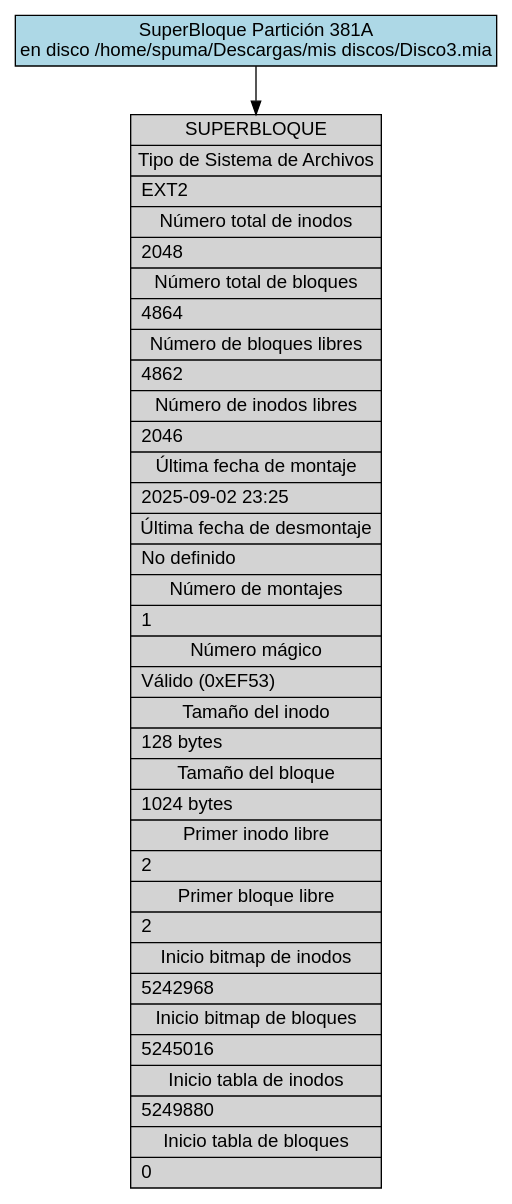
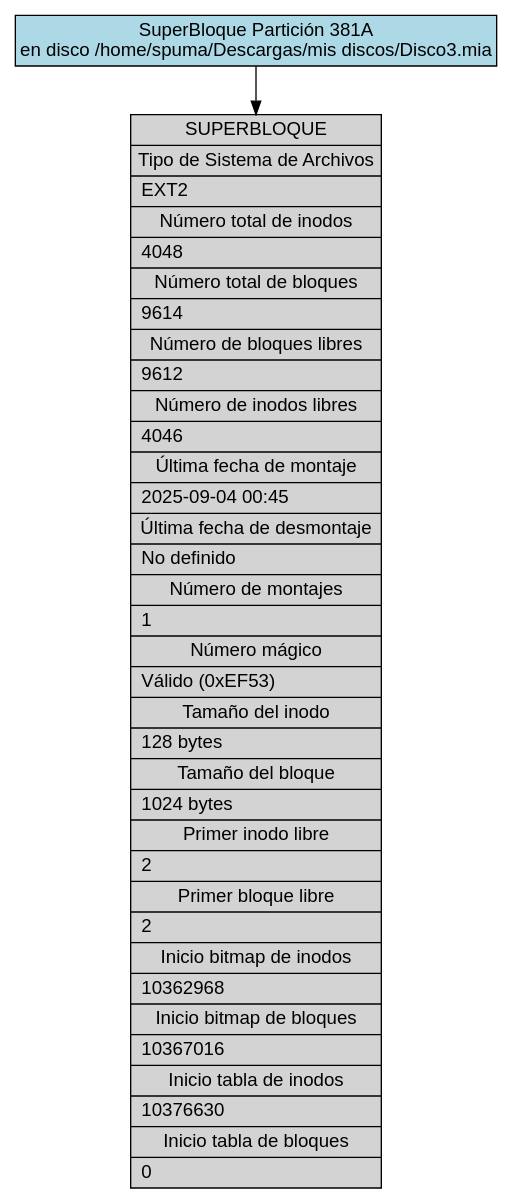
The diagram in backend/provider/reports/src/sb_381A.dot (DiegVas/MIA_2S2025_P1_202300638), drawn with Graphviz before and after one commit. The commit also changed 12 other files, not shown here.

```diff
--- a/backend/provider/reports/src/sb_381A.dot
+++ b/backend/provider/reports/src/sb_381A.dot
@@ -1,13 +1,13 @@
 digraph Superblock_Report {
     rankdir=TB;
     node [shape=record, fontname="Arial"];
     edge [fontname="Arial"];
     graph [fontname="Arial"];
 
     title [label="SuperBloque Partición 381A\nen disco /home/spuma/Descargas/mis discos/Disco3.mia", shape=box, style=filled, fillcolor=lightblue];
 
-    superblock [label="{SUPERBLOQUE|Tipo de Sistema de Archivos|EXT2\l|Número total de inodos|2048\l|Número total de bloques|4864\l|Número de bloques libres|4862\l|Número de inodos libres|2046\l|Última fecha de montaje|2025-09-02 23:25\l|Última fecha de desmontaje|No definido\l|Número de montajes|1\l|Número mágico|Válido (0xEF53)\l|Tamaño del inodo|128 bytes\l|Tamaño del bloque|1024 bytes\l|Primer inodo libre|2\l|Primer bloque libre|2\l|Inicio bitmap de inodos|5242968\l|Inicio bitmap de bloques|5245016\l|Inicio tabla de inodos|5249880\l|Inicio tabla de bloques|0\l}", style=filled, fillcolor=lightgray];
+    superblock [label="{SUPERBLOQUE|Tipo de Sistema de Archivos|EXT2\l|Número total de inodos|4048\l|Número total de bloques|9614\l|Número de bloques libres|9612\l|Número de inodos libres|4046\l|Última fecha de montaje|2025-09-04 00:45\l|Última fecha de desmontaje|No definido\l|Número de montajes|1\l|Número mágico|Válido (0xEF53)\l|Tamaño del inodo|128 bytes\l|Tamaño del bloque|1024 bytes\l|Primer inodo libre|2\l|Primer bloque libre|2\l|Inicio bitmap de inodos|10362968\l|Inicio bitmap de bloques|10367016\l|Inicio tabla de inodos|10376630\l|Inicio tabla de bloques|0\l}", style=filled, fillcolor=lightgray];
 
     title -> superblock;
 
 }
```
